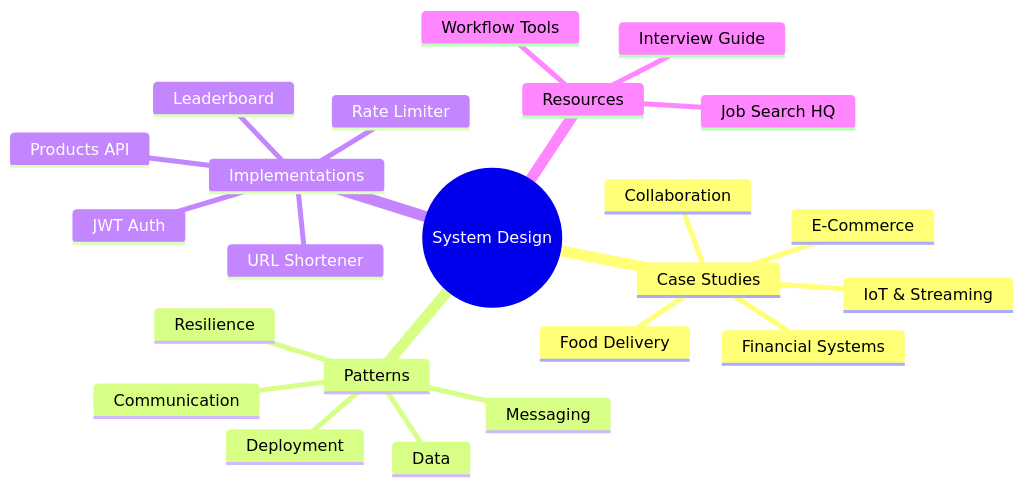
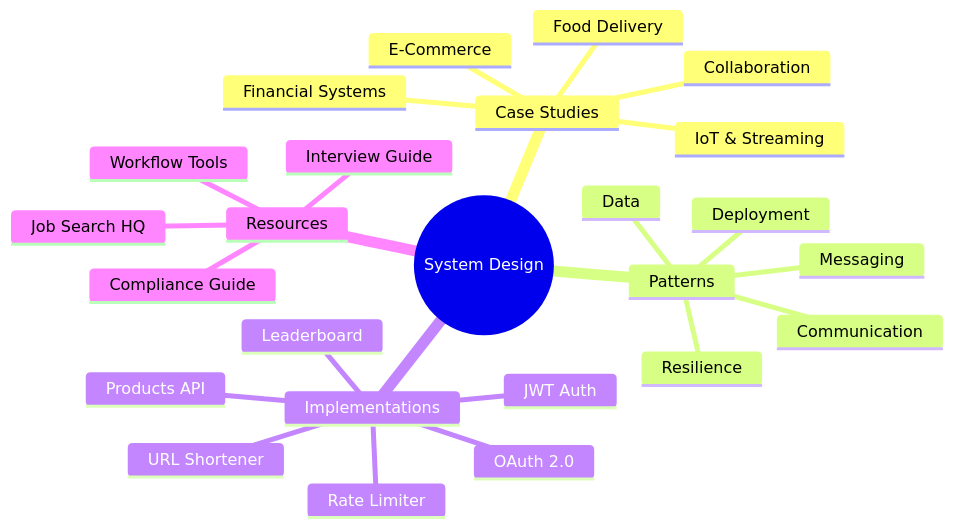
The first of 6 diagrams in README.md (bindian0509/system-design), drawn with Mermaid before and after one commit. The commit also changed other lines of this file, not shown here.

Commit message:
docs: Update README with OAuth 2.0 demo and Financial Compliance Guide

````diff
--- a/README.md
+++ b/README.md
@@ -9,26 +9,28 @@
 ```mermaid
 mindmap
   root((System Design))
     Case Studies
       Financial Systems
       E-Commerce
       Food Delivery
       IoT & Streaming
       Collaboration
     Patterns
       Communication
       Resilience
       Data
       Messaging
       Deployment
     Implementations
       URL Shortener
       Rate Limiter
       Leaderboard
+      OAuth 2.0
       JWT Auth
       Products API
     Resources
       Interview Guide
+      Compliance Guide
       Job Search HQ
       Workflow Tools
 ```
````
